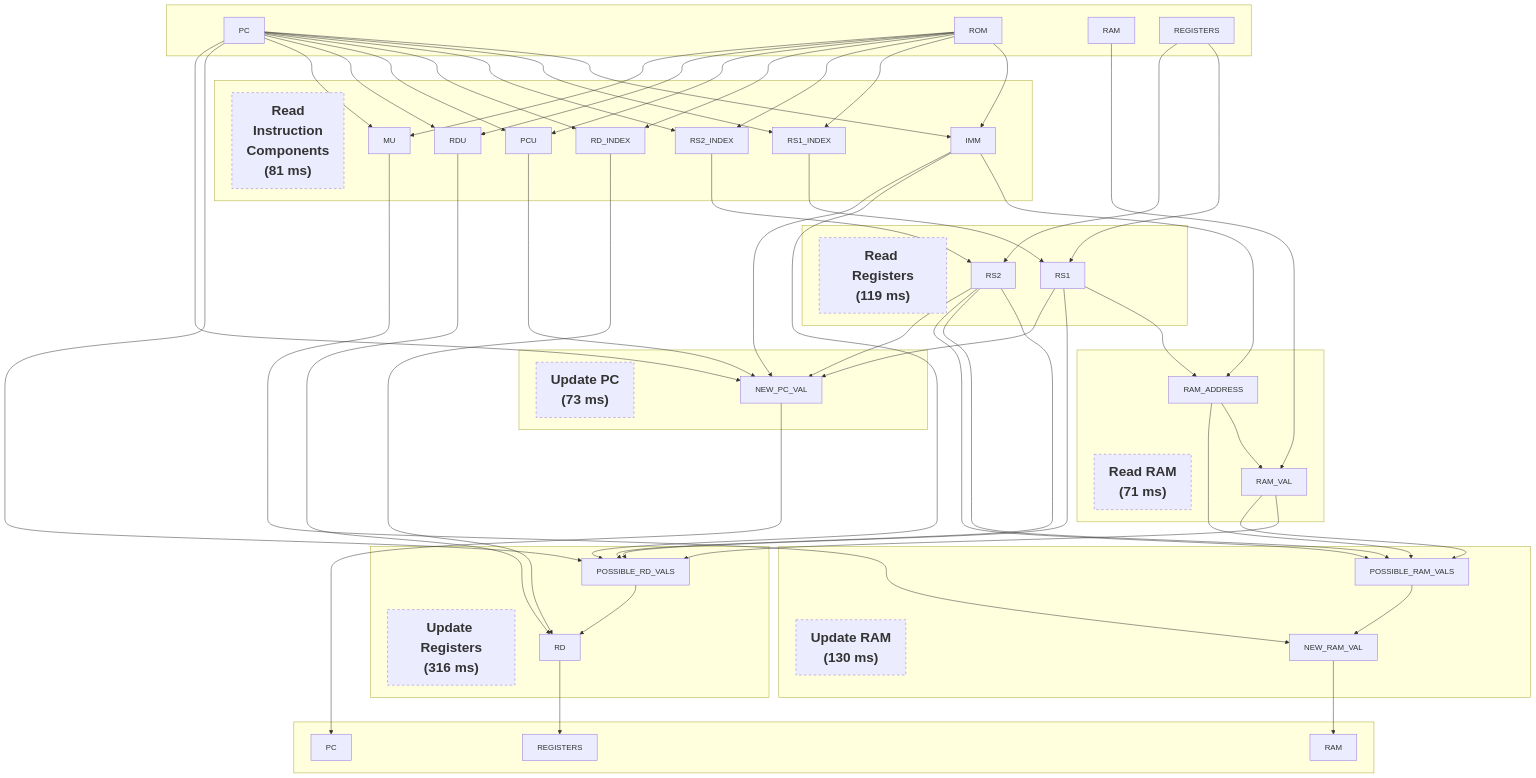
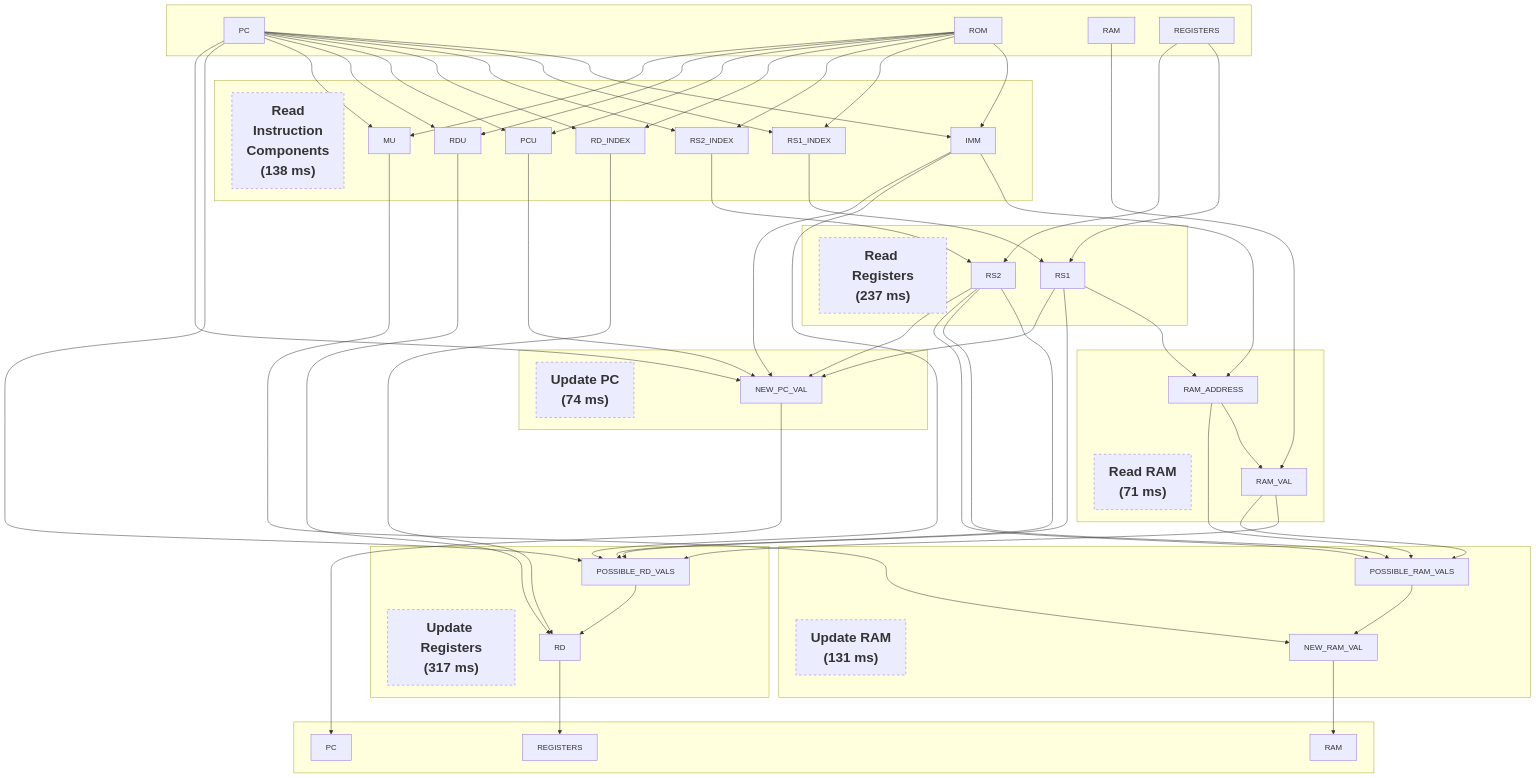
Before and after one commit to phantomzone-org/phantom: the diagram in doc/costs.md, drawn with Mermaid. The commit also changed other lines of this file and 20 other files, not shown here.

```diff
--- a/doc/costs.md
+++ b/doc/costs.md
@@ -46,7 +45,7 @@
     end
 
     subgraph read_inst [" "]
-        READ_INST_LABEL["Read<br>Instruction<br>Components<br>(81 ms)"]
+        READ_INST_LABEL["Read<br>Instruction<br>Components<br>(138 ms)"]
         IMM["IMM"]
         RS1_INDEX["RS1_INDEX"]
         RS2_INDEX["RS2_INDEX"]
@@ -63,25 +62,25 @@
     end
 
     subgraph read_reg [" "]
-        READ_REG_LABEL["Read Registers<br>(119 ms)"]
+        READ_REG_LABEL["Read Registers<br>(237 ms)"]
         RS1["RS1"]
         RS2["RS2"]
     end
 
     subgraph update_reg [" "]
-        UPDATE_REG_LABEL["Update Registers<br>(316 ms)"]
+        UPDATE_REG_LABEL["Update Registers<br>(317 ms)"]
         POSSIBLE_RD_VALS["POSSIBLE_RD_VALS"]
         RD["RD"]
     end
 
     subgraph update_ram [" "]
-        UPDATE_RAM_LABEL["Update RAM<br>(130 ms)"]
+        UPDATE_RAM_LABEL["Update RAM<br>(131 ms)"]
         POSSIBLE_RAM_VALS["POSSIBLE_RAM_VALS"]
         NEW_RAM_VAL["NEW_RAM_VAL"]
     end
 
     subgraph update_pc [" "]
-        UPDATE_PC_LABEL["Update PC<br>(73 ms)"]
+        UPDATE_PC_LABEL["Update PC<br>(74 ms)"]
         NEW_PC_VAL["NEW_PC_VAL"]
     end
 
```
